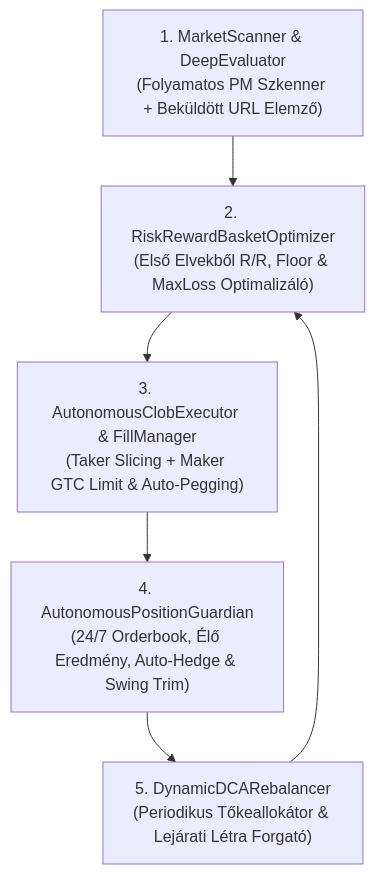
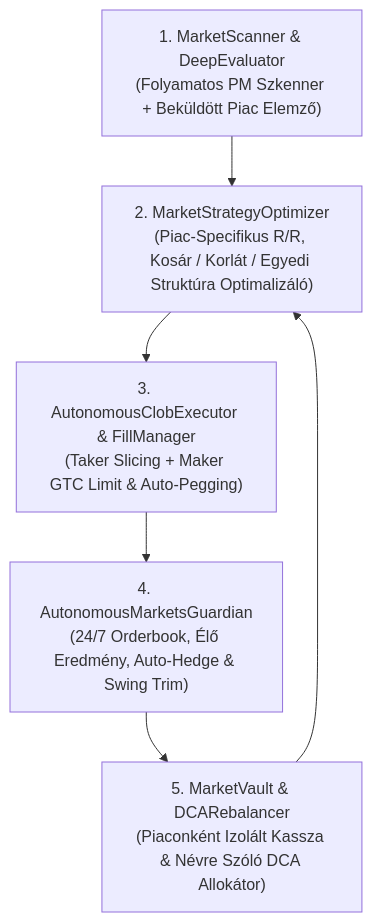
The diagram in docs/POLYMARKET_AUTONOMOUS_FUTURES_MASTER_PLAN.md (xbtblvrg/Betting_tips_engine), drawn with Mermaid before and after one commit. The commit also changed other lines of this file and 1 other file, not shown here.

Commit message:
chore(backup): auto-sync system state 2026-11-10 18:56 UTC

````diff
--- a/docs/POLYMARKET_AUTONOMOUS_FUTURES_MASTER_PLAN.md
+++ b/docs/POLYMARKET_AUTONOMOUS_FUTURES_MASTER_PLAN.md
@@ -227,8 +225,8 @@
 ```mermaid
 flowchart TD
-    A["1. MarketScanner & DeepEvaluator<br/>(Folyamatos PM Szkenner + Beküldött URL Elemző)"] --> B["2. RiskRewardBasketOptimizer<br/>(Első Elvekből R/R, Floor & MaxLoss Optimalizáló)"]
+    A["1. MarketScanner & DeepEvaluator<br/>(Folyamatos PM Szkenner + Beküldött Piac Elemző)"] --> B["2. MarketStrategyOptimizer<br/>(Piac-Specifikus R/R, Kosár / Korlát / Egyedi Struktúra Optimalizáló)"]
     B --> C["3. AutonomousClobExecutor & FillManager<br/>(Taker Slicing + Maker GTC Limit & Auto-Pegging)"]
-    C --> D["4. AutonomousPositionGuardian<br/>(24/7 Orderbook, Élő Eredmény, Auto-Hedge & Swing Trim)"]
-    D --> E["5. DynamicDCARebalancer<br/>(Periodikus Tőkeallokátor & Lejárati Létra Forgató)"]
+    C --> D["4. AutonomousMarketsGuardian<br/>(24/7 Orderbook, Élő Eredmény, Auto-Hedge & Swing Trim)"]
+    D --> E["5. MarketVault & DCARebalancer<br/>(Piaconként Izolált Kassza & Névre Szóló DCA Allokátor)"]
     E --> B
 ```
````
